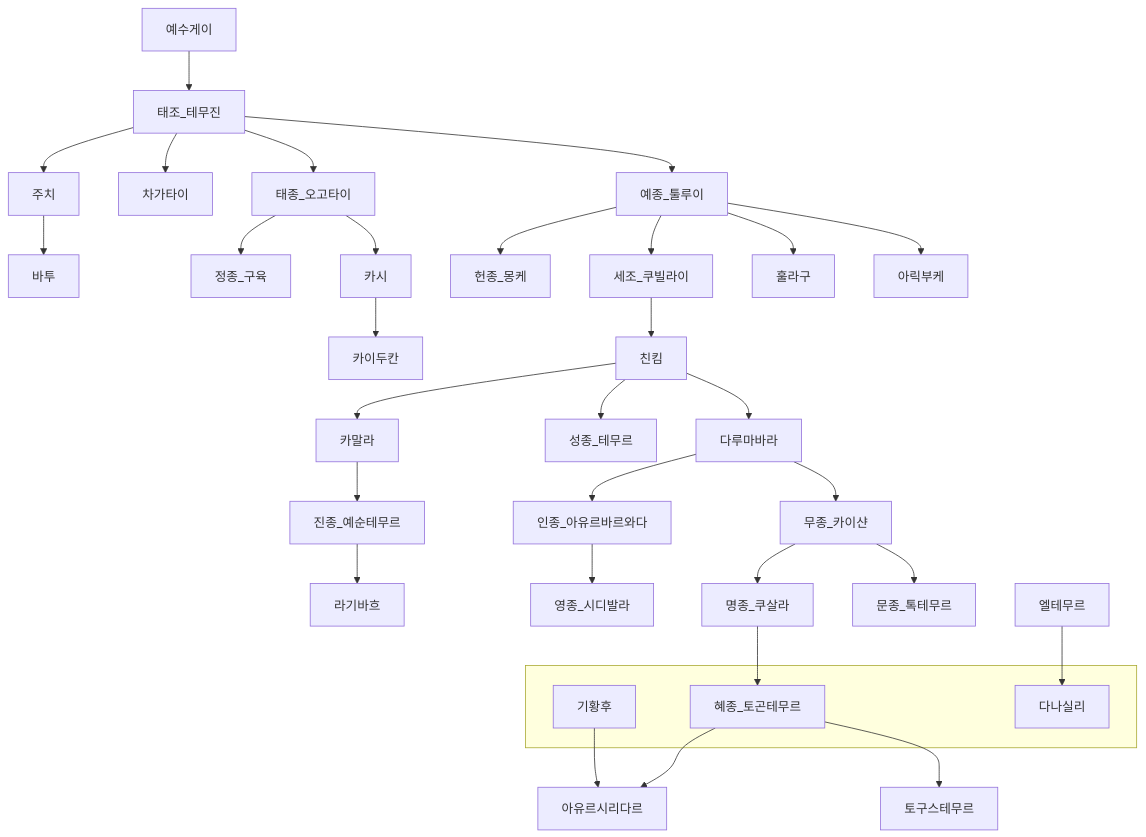
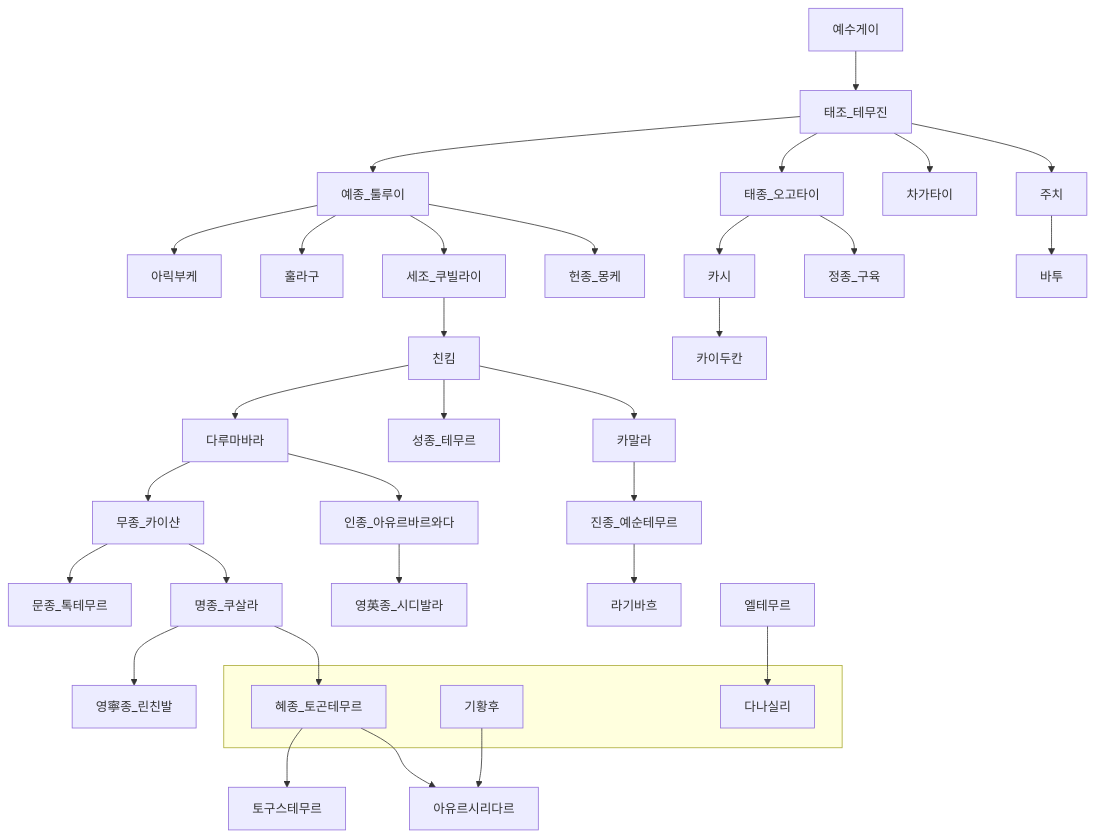
Before and after one commit to daewonyoon/historigram: the second of 2 diagrams in 중국사/원왕조.md, drawn with Mermaid. The commit also changed other lines of this file, not shown here.

````diff
--- a/중국사/원왕조.md
+++ b/중국사/원왕조.md
@@ -36,37 +36,38 @@
 ```mermaid
 
 graph TD
 예수게이 --> 태조_테무진 
 태조_테무진 --> 주치 --> 바투
 태조_테무진 --> 차가타이
 태조_테무진 --> 태종_오고타이 --> 정종_구육
 태조_테무진 --> 예종_툴루이
 
 태종_오고타이 --> 카시 --> 카이두칸
 예종_툴루이 --> 헌종_몽케
 예종_툴루이 --> 세조_쿠빌라이 --> 친킴 
 예종_툴루이 --> 훌라구
 예종_툴루이 --> 아릭부케
 
 친킴 --> 카말라
 친킴 --> 성종_테무르
 친킴 --> 다루마바라
 
 카말라 --> 진종_예순테무르 --> 라기바흐
 
-다루마바라 --> 인종_아유르바르와다 --> 영종_시디발라
+다루마바라 --> 인종_아유르바르와다 --> 영英종_시디발라
 다루마바라 --> 무종_카이샨 --> 명종_쿠살라 --> 혜종_토곤테무르 --> 아유르시리다르
+명종_쿠살라 --> 영寧종_린친발
 기황후 --> 아유르시리다르
 혜종_토곤테무르 --> 토구스테무르
 
 무종_카이샨 --> 문종_톡테무르
 
 엘테무르 --> 다나실리
 
 subgraph " "
     다나실리
     혜종_토곤테무르
     기황후
 end
 
 ```
````
